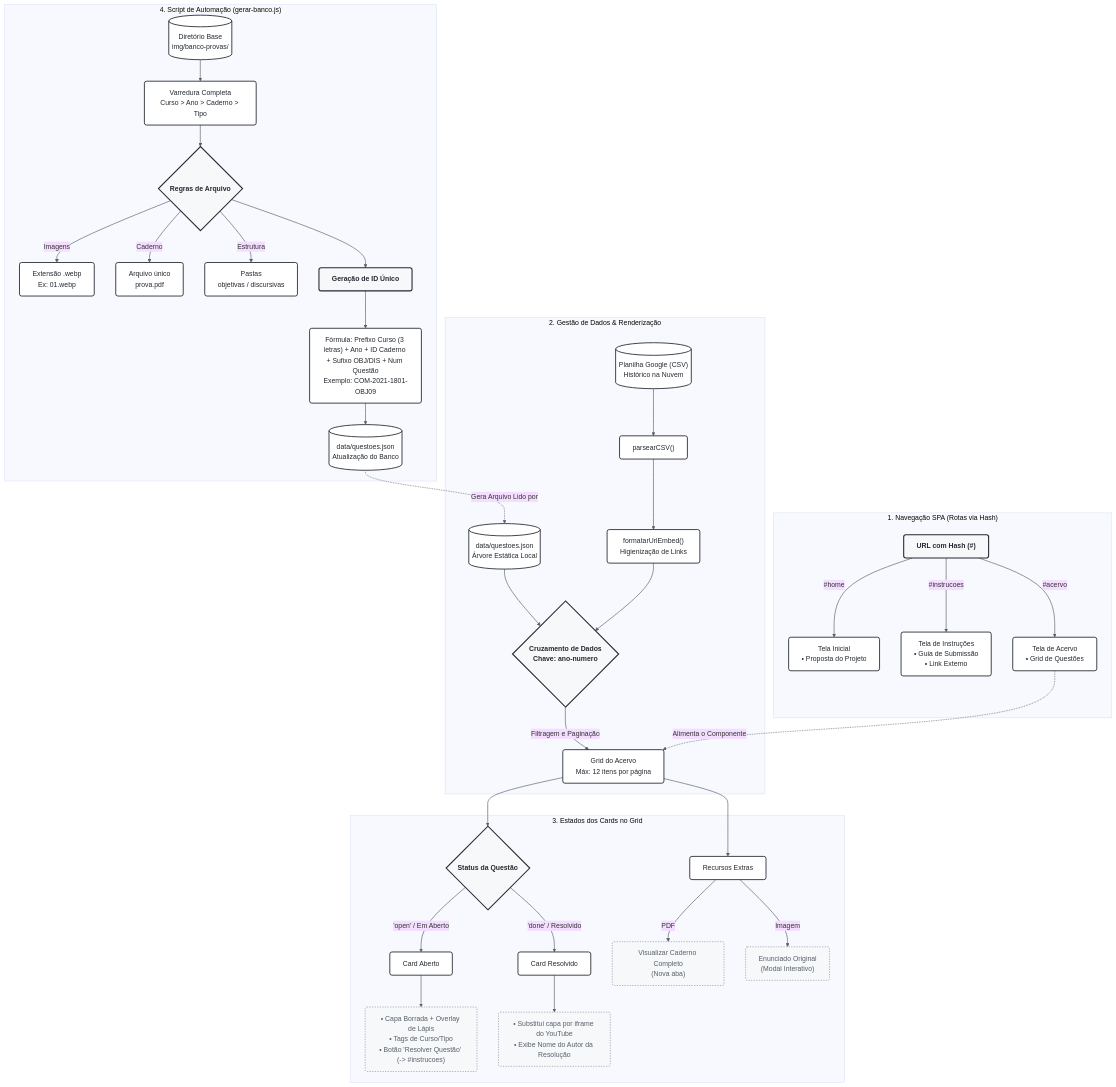
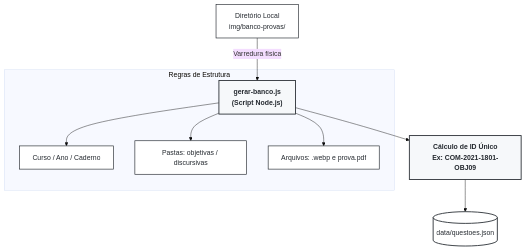
One commit to techsiprepare/techsiprepare.github.io changed the third of 3 diagrams in README.md. Above: the diagram before and after it, drawn with Mermaid (base theme). The commit also changed other lines of this file, not shown here.

Commit message:
chore: modularizando os diagramas

````diff
--- a/README.md
+++ b/README.md
@@ -88,77 +124,21 @@
 ```mermaid
 graph TD
-    %% Definição de Estilos Minimalistas & Outlined (Compatíveis com Dark/Light Mode)
-    classDef principal fill:#ffffff,stroke:#24292f,stroke-width:2px,color:#24292f,rx:5px,ry:5px;
-    classDef secundario fill:#f6f8fa,stroke:#57606a,stroke-width:1px,color:#57606a,stroke-dasharray: 3 3,rx:4px,ry:4px;
-    classDef dados fill:#ffffff,stroke:#24292f,stroke-width:2px,color:#24292f,shape:cylinder;
-    classDef Destaque fill:#f6f8fa,stroke:#24292f,stroke-width:2.5px,color:#24292f,font-weight:bold,rx:5px,ry:5px;
+    classDef pasta fill:#fff,stroke:#24292f,stroke-width:1.5px,color:#24292f;
+    classDef script fill:#f6f8fa,stroke:#24292f,stroke-width:2px,color:#24292f,font-weight:bold;
+    classDef output fill:#ffffff,stroke:#24292f,stroke-width:2px,color:#24292f,shape:cylinder;
 
-    %% 1. NAVEGAÇÃO SPA
-    subgraph SPA ["1. Navegação SPA (Rotas via Hash)"]
-        R["URL com Hash (#)"] -->|#home| H["Tela Inicial<br>• Proposta do Projeto"]
-        R -->|#instrucoes| I["Tela de Instruções<br>• Guia de Submissão<br>• Link Externo"]
-        R -->|#acervo| A["Tela de Acervo<br>• Grid de Questões"]
+    Dir["Diretório Local<br>img/banco-provas/"] -->|Varredura física| Script["gerar-banco.js<br>(Script Node.js)"]
+    
+    subgraph Regras ["Regras de Estrutura"]
+        Script --> R1["Curso / Ano / Caderno"]
+        Script --> R2["Pastas: objetivas / discursivas"]
+        Script --> R3["Arquivos: .webp e prova.pdf"]
     end
-    class R Destaque;
-    class H,I,A principal;
 
-    %% 2. GESTÃO E MERGE DE DADOS
-    subgraph DATA ["2. Gestão de Dados & Renderização"]
-        JSON[("data/questoes.json<br>Árvore Estática Local")] --> Merge{"Cruzamento de Dados<br>Chave: ano-numero"}
-        CSV[("Planilha Google (CSV)<br>Histórico na Nuvem")] --> Parser["parsearCSV()"]
-        
-        Parser --> Clean["formatarUrlEmbed()<br>Higienização de Links"]
-        Clean --> Merge
-        
-        Merge -->|Filtragem e Paginação| Grid["Grid do Acervo<br>Máx: 12 itens por página"]
-    end
-    class JSON,CSV dados;
-    class Merge Destaque;
-    class Parser,Clean,Grid principal;
+    Script --> ID["Cálculo de ID Único<br>Ex: COM-2021-1801-OBJ09"]
+    ID --> Out[("data/questoes.json")]
 
-    %% 3. ESTADOS DOS CARDS
-    subgraph CARDS ["3. Estados dos Cards no Grid"]
-        Grid --> CardOpen{"Status da Questão"}
-        
-        %% Estado Open
-        CardOpen -->|'open' / Em Aberto| CO["Card Aberto"]
-        CO --> CO_Detalhe["• Capa Borrada + Overlay de Lápis<br>• Tags de Curso/Tipo<br>• Botão 'Resolver Questão' (-> #instrucoes)"]
-        
-        %% Estado Done
-        CardOpen -->|'done' / Resolvido| CD["Card Resolvido"]
-        CD --> CD_Detalhe["• Substitui capa por iframe do YouTube<br>• Exibe Nome do Autor da Resolução"]
-        
-        %% Recursos Extras
-        Grid --> Extra["Recursos Extras"]
-        Extra -->|PDF| E1["Visualizar Caderno Completo<br>(Nova aba)"]
-        Extra -->|Imagem| E2["Enunciado Original<br>(Modal Interativo)"]
-    end
-    class CardOpen Destaque;
-    class CO,CD,Extra principal;
-    class CO_Detalhe,CD_Detalhe,E1,E2 secundario;
-
-    %% 4. AUTOMAÇÃO
-    subgraph AUTOMATION ["4. Script de Automação (gerar-banco.js)"]
-        Folder[("Diretório Base<br>img/banco-provas/")] --> Scan["Varredura Completa<br>Curso > Ano > Caderno > Tipo"]
-        Scan --> Rules{"Regras de Arquivo"}
-        
-        Rules -->|Imagens| R1["Extensão .webp<br>Ex: 01.webp"]
-        Rules -->|Caderno| R2["Arquivo único<br>prova.pdf"]
-        Rules -->|Estrutura| R3["Pastas<br>objetivas / discursivas"]
-        
-        Rules --> ID["Geração de ID Único"]
-        ID --> IDF["Fórmula: Prefixo Curso (3 letras) + Ano + ID Caderno + Sufixo OBJ/DIS + Num Questão<br>Exemplo: COM-2021-1801-OBJ09"]
-        
-        IDF --> Output[("data/questoes.json<br>Atualização do Banco")]
-    end
-    class Folder,Output dados;
-    class Rules,ID Destaque;
-    class Scan,R1,R2,R3,IDF principal;
-
-    %% Conexões entre blocos principais
-    A -.->|Alimenta o Componente| Grid
-    Output -.->|Gera Arquivo Lido por| JSON
-
-    %% Estilização das Linhas (Dark Mode Friendly)
-    linkStyle default stroke:#57606a,stroke-width:1.5px;
+    class Dir,R1,R2,R3 pasta;
+    class Script,ID script;
+    class Out output;
 ```
````
